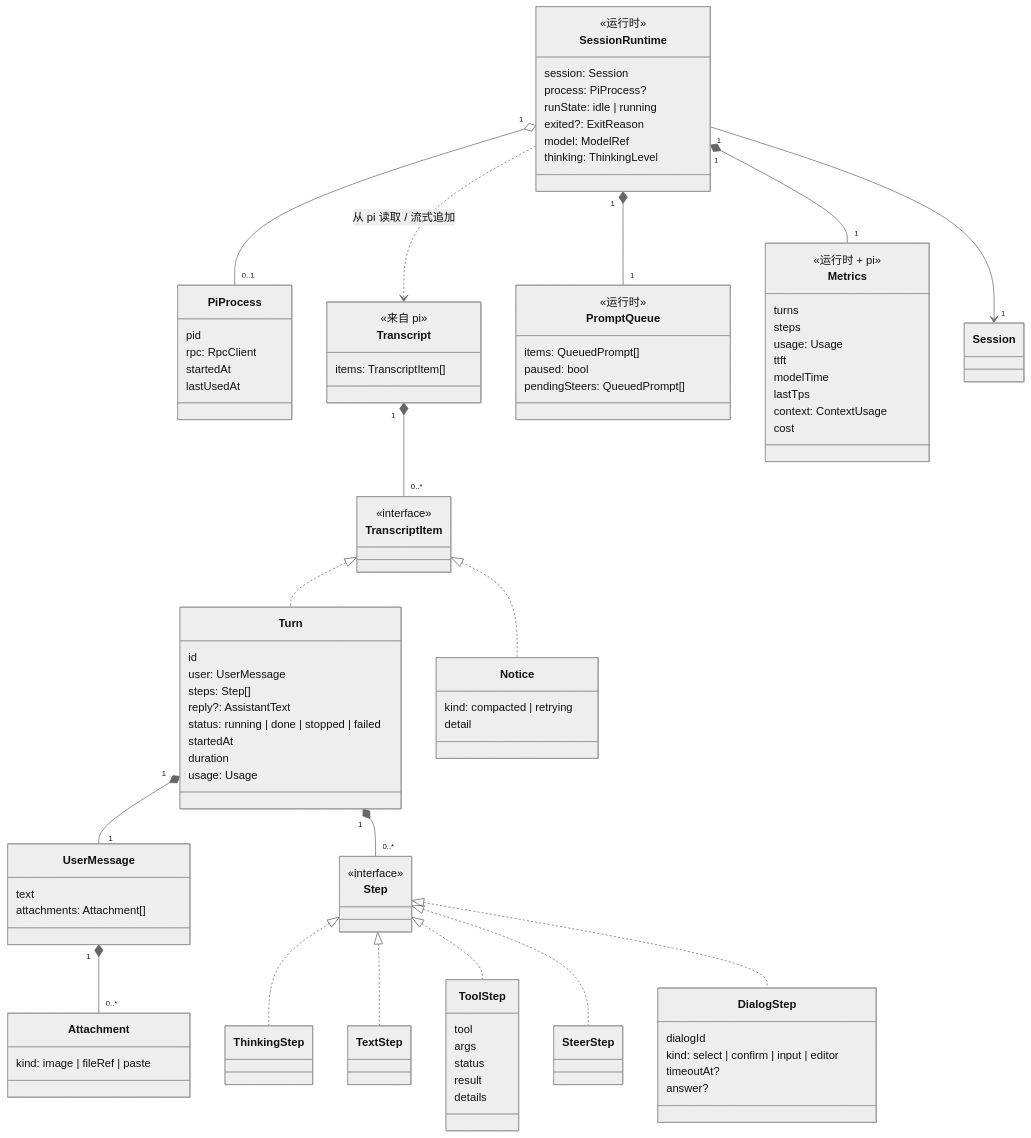
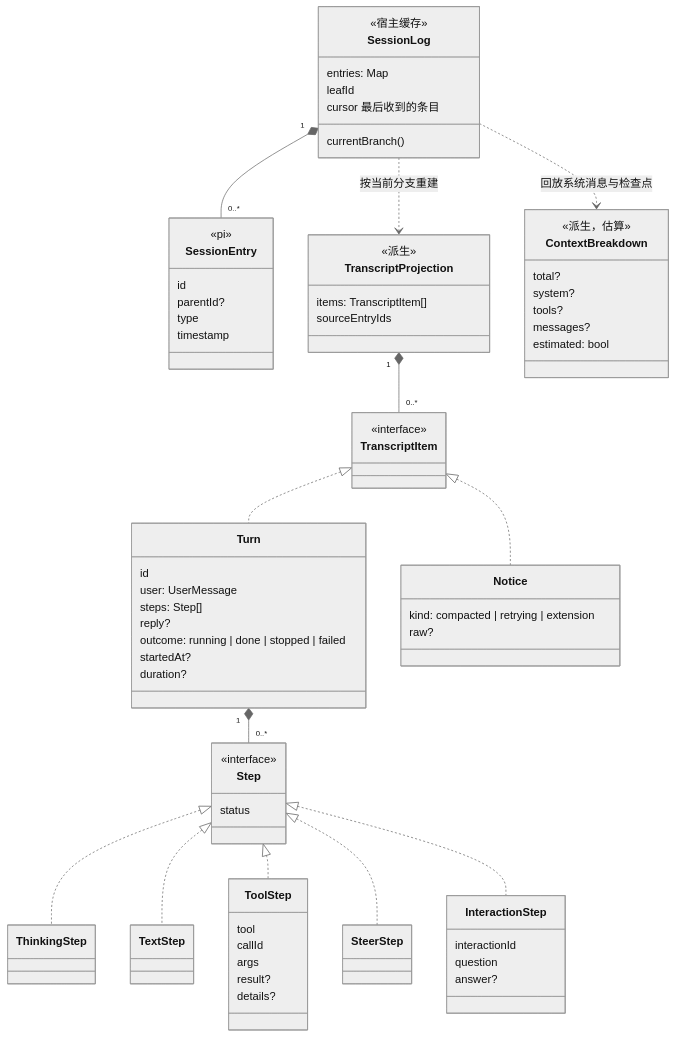
One commit to Wan-Kai/atrium changed the second of 7 diagrams in docs/architecture/domain-model.md. Above: the diagram before and after it, drawn with Mermaid (neutral theme). The commit also changed other lines of this file and 3 other files, not shown here.

First line of the commit message:
docs: revise the domain model after two architecture reviews

````diff
--- a/docs/architecture/domain-model.md
+++ b/docs/architecture/domain-model.md
@@ -92,24 +110,32 @@
 ```mermaid
 classDiagram
     direction TB
-    class SessionRuntime {
-      <<运行时>>
-      session: Session
-      process: PiProcess?
-      runState: idle | running
-      exited?: ExitReason
-      model: ModelRef
-      thinking: ThinkingLevel
+    class SessionEntry {
+      <<pi>>
+      id
+      parentId?
+      type
+      timestamp
     }
-    class PiProcess {
-      pid
-      rpc: RpcClient
-      startedAt
-      lastUsedAt
+    class SessionLog {
+      <<宿主缓存>>
+      entries: Map
+      leafId
+      cursor  最后收到的条目
+      currentBranch()
     }
-    class Transcript {
-      <<来自 pi>>
+    class TranscriptProjection {
+      <<派生>>
       items: TranscriptItem[]
+      sourceEntryIds
+    }
+    class ContextBreakdown {
+      <<派生，估算>>
+      total?
+      system?
+      tools?
+      messages?
+      estimated: bool
     }
     class TranscriptItem {
       <<interface>>
@@ -118,74 +144,45 @@
       id
       user: UserMessage
       steps: Step[]
-      reply?: AssistantText
-      status: running | done | stopped | failed
-      startedAt
-      duration
-      usage: Usage
+      reply?
+      outcome: running | done | stopped | failed
+      startedAt?
+      duration?
     }
     class Notice {
-      kind: compacted | retrying
-      detail
-    }
-    class UserMessage {
-      text
-      attachments: Attachment[]
-    }
-    class Attachment {
-      kind: image | fileRef | paste
+      kind: compacted | retrying | extension
+      raw?
     }
     class Step {
       <<interface>>
+      status
     }
     class ThinkingStep
     class TextStep
     class ToolStep {
       tool
+      callId
       args
-      status
-      result
-      details
+      result?
+      details?
     }
     class SteerStep
-    class DialogStep {
-      dialogId
-      kind: select | confirm | input | editor
-      timeoutAt?
+    class InteractionStep {
+      interactionId
+      question
       answer?
     }
-    class PromptQueue {
-      <<运行时>>
-      items: QueuedPrompt[]
-      paused: bool
-      pendingSteers: QueuedPrompt[]
-    }
-    class Metrics {
-      <<运行时 + pi>>
-      turns
-      steps
-      usage: Usage
-      ttft
-      modelTime
-      lastTps
-      context: ContextUsage
-      cost
-    }
 
-    SessionRuntime "1" --> "1" Session
-    SessionRuntime "1" o-- "0..1" PiProcess
-    SessionRuntime "1" *-- "1" PromptQueue
-    SessionRuntime "1" *-- "1" Metrics
-    SessionRuntime ..> Transcript : 从 pi 读取 / 流式追加
-    Transcript "1" *-- "0..*" TranscriptItem
+    SessionLog "1" *-- "0..*" SessionEntry
+    SessionLog ..> TranscriptProjection : 按当前分支重建
+    SessionLog ..> ContextBreakdown : 回放系统消息与检查点
+    TranscriptProjection "1" *-- "0..*" TranscriptItem
     TranscriptItem <|.. Turn
     TranscriptItem <|.. Notice
-    Turn "1" *-- "1" UserMessage
-    UserMessage "1" *-- "0..*" Attachment
     Turn "1" *-- "0..*" Step
     Step <|.. ThinkingStep
     Step <|.. TextStep
     Step <|.. ToolStep
     Step <|.. SteerStep
-    Step <|.. DialogStep
+    Step <|.. InteractionStep
 ```
````
